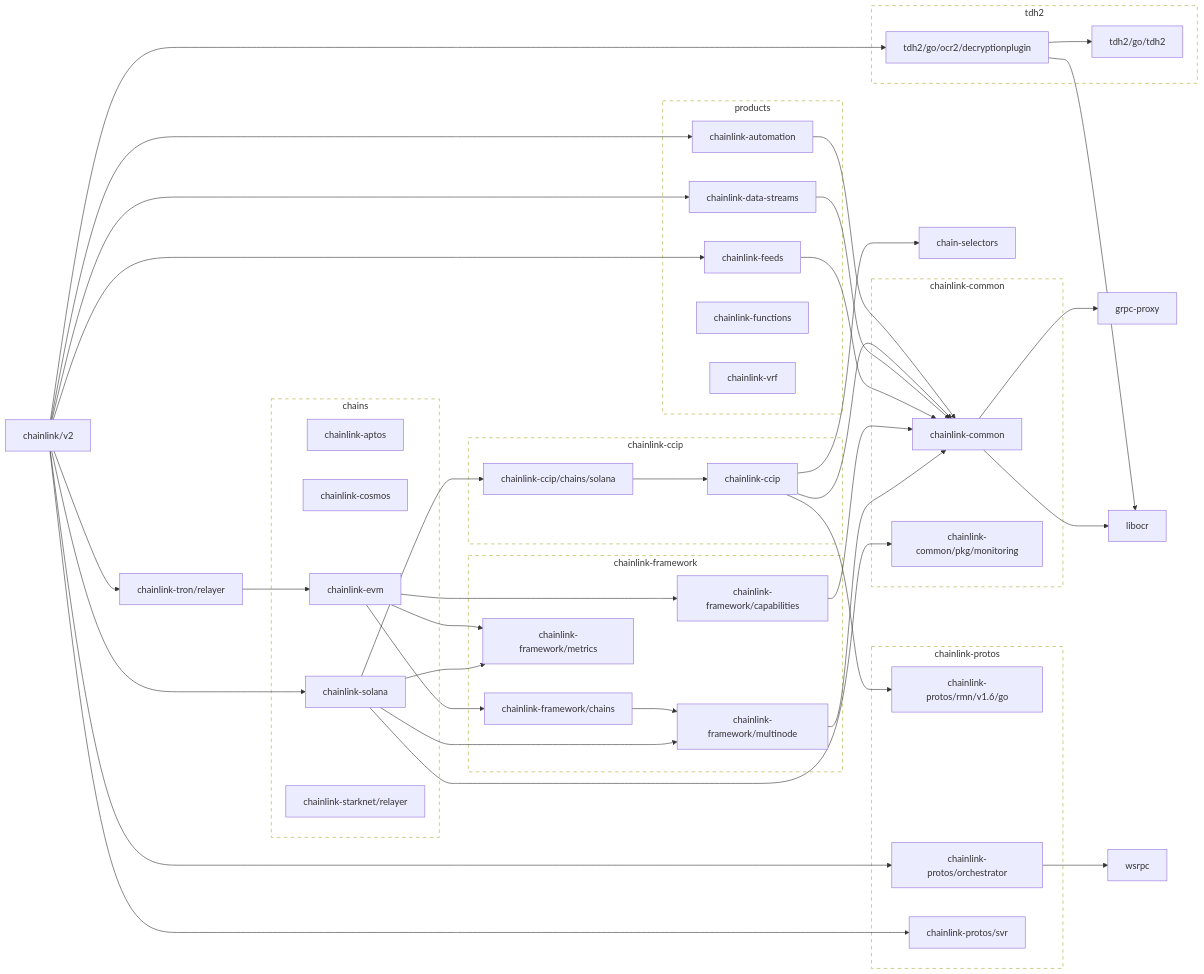
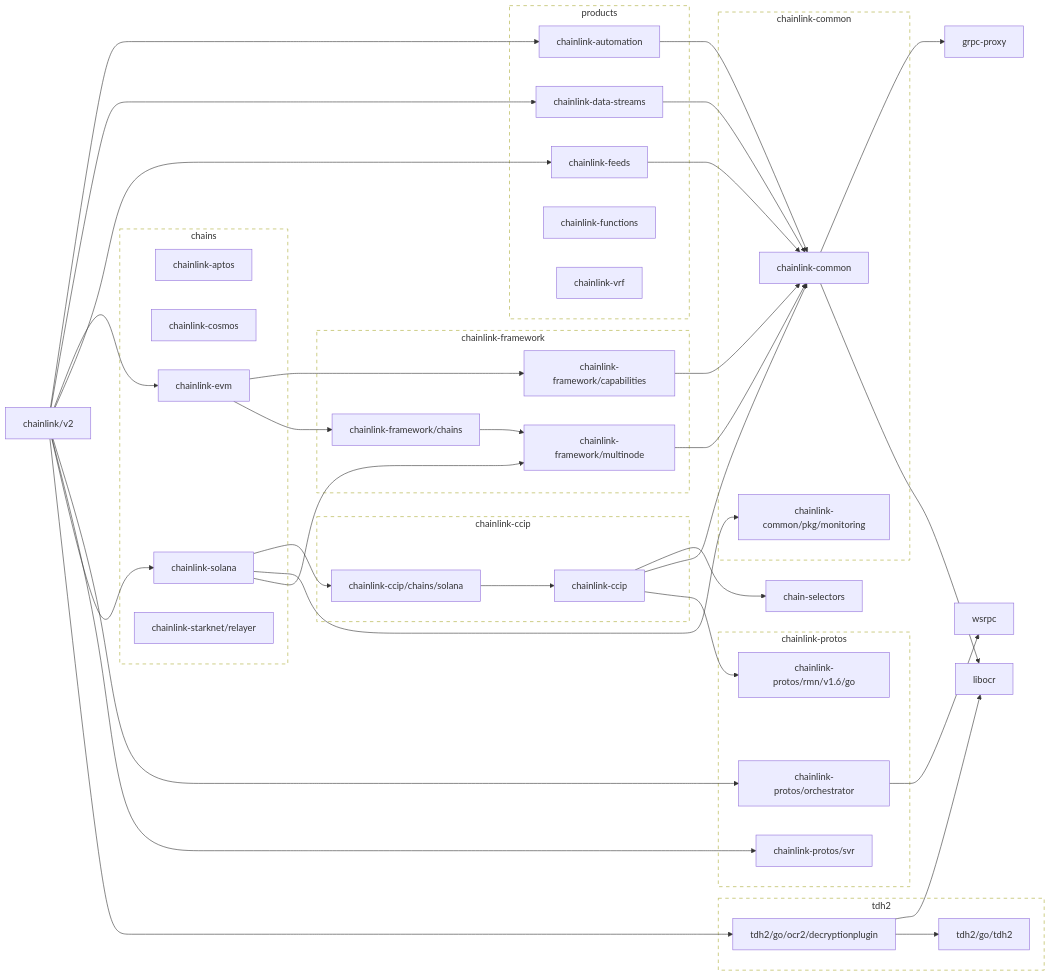
Before and after one commit to smartcontractkit/chainlink: the first of 2 diagrams in go.md, drawn with Mermaid. The commit also changed other lines of this file and 264 other files, not shown here.

```diff
--- a/go.md
+++ b/go.md
@@ -40,7 +40,6 @@
 	click chainlink-data-streams href "https://github.com/smartcontractkit/chainlink-data-streams"
 	chainlink-evm --> chainlink-framework/capabilities
 	chainlink-evm --> chainlink-framework/chains
-	chainlink-evm --> chainlink-framework/metrics
 	click chainlink-evm href "https://github.com/smartcontractkit/chainlink-evm"
 	chainlink-feeds --> chainlink-common
 	click chainlink-feeds href "https://github.com/smartcontractkit/chainlink-feeds"
@@ -48,8 +47,6 @@
 	click chainlink-framework/capabilities href "https://github.com/smartcontractkit/chainlink-framework"
 	chainlink-framework/chains --> chainlink-framework/multinode
 	click chainlink-framework/chains href "https://github.com/smartcontractkit/chainlink-framework"
-	chainlink-framework/metrics
-	click chainlink-framework/metrics href "https://github.com/smartcontractkit/chainlink-framework"
 	chainlink-framework/multinode --> chainlink-common
 	click chainlink-framework/multinode href "https://github.com/smartcontractkit/chainlink-framework"
 	chainlink-protos/orchestrator --> wsrpc
@@ -60,18 +57,15 @@
 	click chainlink-protos/svr href "https://github.com/smartcontractkit/chainlink-protos"
 	chainlink-solana --> chainlink-ccip/chains/solana
 	chainlink-solana --> chainlink-common/pkg/monitoring
-	chainlink-solana --> chainlink-framework/metrics
 	chainlink-solana --> chainlink-framework/multinode
 	click chainlink-solana href "https://github.com/smartcontractkit/chainlink-solana"
-	chainlink-tron/relayer --> chainlink-evm
-	click chainlink-tron/relayer href "https://github.com/smartcontractkit/chainlink-tron"
 	chainlink/v2 --> chainlink-automation
 	chainlink/v2 --> chainlink-data-streams
+	chainlink/v2 --> chainlink-evm
 	chainlink/v2 --> chainlink-feeds
 	chainlink/v2 --> chainlink-protos/orchestrator
 	chainlink/v2 --> chainlink-protos/svr
 	chainlink/v2 --> chainlink-solana
-	chainlink/v2 --> chainlink-tron/relayer
 	chainlink/v2 --> tdh2/go/ocr2/decryptionplugin
 	click chainlink/v2 href "https://github.com/smartcontractkit/chainlink"
 	grpc-proxy
@@ -101,7 +95,6 @@
 	subgraph chainlink-framework-repo[chainlink-framework]
 		 chainlink-framework/capabilities
 		 chainlink-framework/chains
-		 chainlink-framework/metrics
 		 chainlink-framework/multinode
 	end
 	click chainlink-framework-repo href "https://github.com/smartcontractkit/chainlink-framework"
```
